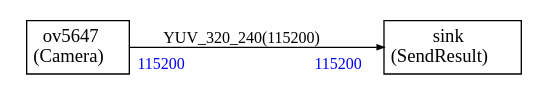
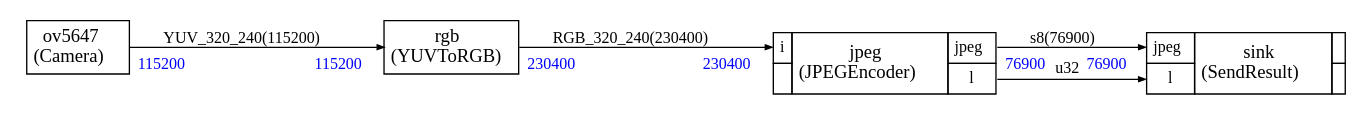
Before and after one commit to xavierbrgt/Seeed_Grove_Vision_AI_Module_V2: the diagram in EPII_CM55M_APP_S/app/scenario_app/cmsis_stream_app/cv.dot, drawn with Graphviz. The commit also changed 21 other files, not shown here.

Commit message:
First working flow with CMSIS-Stream and YUV -> RGB -> JPEG

```diff
--- a/EPII_CM55M_APP_S/app/scenario_app/cmsis_stream_app/cv.dot
+++ b/EPII_CM55M_APP_S/app/scenario_app/cmsis_stream_app/cv.dot
@@ -1,35 +1,83 @@
 
 
 
 
 digraph structs {
     bgcolor = "white"
     node [shape=plaintext,color="black",fontcolor="black",fontname="Times-Roman"]
     rankdir=LR
     edge [arrowsize="0.5",color="black",fontcolor="black",fontname="Times-Roman"]
 
 
+
+jpeg [label=<
+<TABLE color="black" bgcolor="none" BORDER="0" CELLBORDER="1" CELLSPACING="0" CELLPADDING="4">
+  <TR>
+    <TD PORT="i"><FONT POINT-SIZE="12.0" COLOR="black">i</FONT></TD>
+    <TD ALIGN="CENTER" ROWSPAN="2"><FONT COLOR="black" POINT-SIZE="14.0">jpeg<BR/>(JPEGEncoder)</FONT></TD>
+    <TD PORT="jpeg"><FONT POINT-SIZE="12.0" COLOR="black">jpeg</FONT></TD>
+  </TR>
+<TR>
+ 
+<TD></TD>
+<TD PORT="l"><FONT POINT-SIZE="12.0" COLOR="black">l</FONT></TD>
+</TR>
+
+</TABLE>>];
+
 ov5647 [label=<
 <TABLE color="black" bgcolor="none" BORDER="0" CELLBORDER="1" CELLSPACING="0" CELLPADDING="4">
   <TR>
     <TD ALIGN="CENTER" PORT="i"><FONT COLOR="black" POINT-SIZE="14.0">ov5647<BR/>(Camera)</FONT></TD>
   </TR>
 </TABLE>>];
 
-sink [label=<
+rgb [label=<
 <TABLE color="black" bgcolor="none" BORDER="0" CELLBORDER="1" CELLSPACING="0" CELLPADDING="4">
   <TR>
-    <TD ALIGN="CENTER" PORT="i"><FONT COLOR="black" POINT-SIZE="14.0">sink<BR/>(SendResult)</FONT></TD>
+    <TD ALIGN="CENTER" PORT="i"><FONT COLOR="black" POINT-SIZE="14.0">rgb<BR/>(YUVToRGB)</FONT></TD>
   </TR>
 </TABLE>>];
 
 
+sink [label=<
+<TABLE color="black" bgcolor="none" BORDER="0" CELLBORDER="1" CELLSPACING="0" CELLPADDING="4">
+  <TR>
+    <TD PORT="jpeg"><FONT POINT-SIZE="12.0" COLOR="black">jpeg</FONT></TD>
+    <TD ALIGN="CENTER" ROWSPAN="2"><FONT COLOR="black" POINT-SIZE="14.0">sink<BR/>(SendResult)</FONT></TD>
+    <TD></TD>
+  </TR>
+<TR>
+<TD PORT="l"><FONT POINT-SIZE="12.0" COLOR="black">l</FONT></TD>
 
-ov5647:i -> sink:i [style="solid",color="black",fontsize="12.0",fontcolor="black",label=<YUV_320_240(115200)>
+ 
+<TD></TD></TR>
+
+</TABLE>>];
+
+
+
+ov5647:i -> rgb:i [style="solid",color="black",fontsize="12.0",fontcolor="black",label=<YUV_320_240(115200)>
 ,headlabel=<<TABLE BORDER="0" CELLPADDING="4"><TR><TD><FONT COLOR="blue" POINT-SIZE="12.0" >115200</FONT>
 </TD></TR></TABLE>>
 ,taillabel=<<TABLE BORDER="0" CELLPADDING="4"><TR><TD><FONT COLOR="blue" POINT-SIZE="12.0" >115200</FONT>
 </TD></TR></TABLE>>]
 
+rgb:i -> jpeg:i [style="solid",color="black",fontsize="12.0",fontcolor="black",label=<RGB_320_240(230400)>
+,headlabel=<<TABLE BORDER="0" CELLPADDING="4"><TR><TD><FONT COLOR="blue" POINT-SIZE="12.0" >230400</FONT>
+</TD></TR></TABLE>>
+,taillabel=<<TABLE BORDER="0" CELLPADDING="4"><TR><TD><FONT COLOR="blue" POINT-SIZE="12.0" >230400</FONT>
+</TD></TR></TABLE>>]
+
+jpeg:jpeg -> sink:jpeg [style="solid",color="black",fontsize="12.0",fontcolor="black",label=<s8(76900)>
+,headlabel=<<TABLE BORDER="0" CELLPADDING="4"><TR><TD><FONT COLOR="blue" POINT-SIZE="12.0" >76900</FONT>
+</TD></TR></TABLE>>
+,taillabel=<<TABLE BORDER="0" CELLPADDING="4"><TR><TD><FONT COLOR="blue" POINT-SIZE="12.0" >76900</FONT>
+</TD></TR></TABLE>>]
+
+jpeg:l -> sink:l [style="solid",color="black",fontsize="12.0",fontcolor="black",label=<u32>
+
+]
+
 
 }
```
